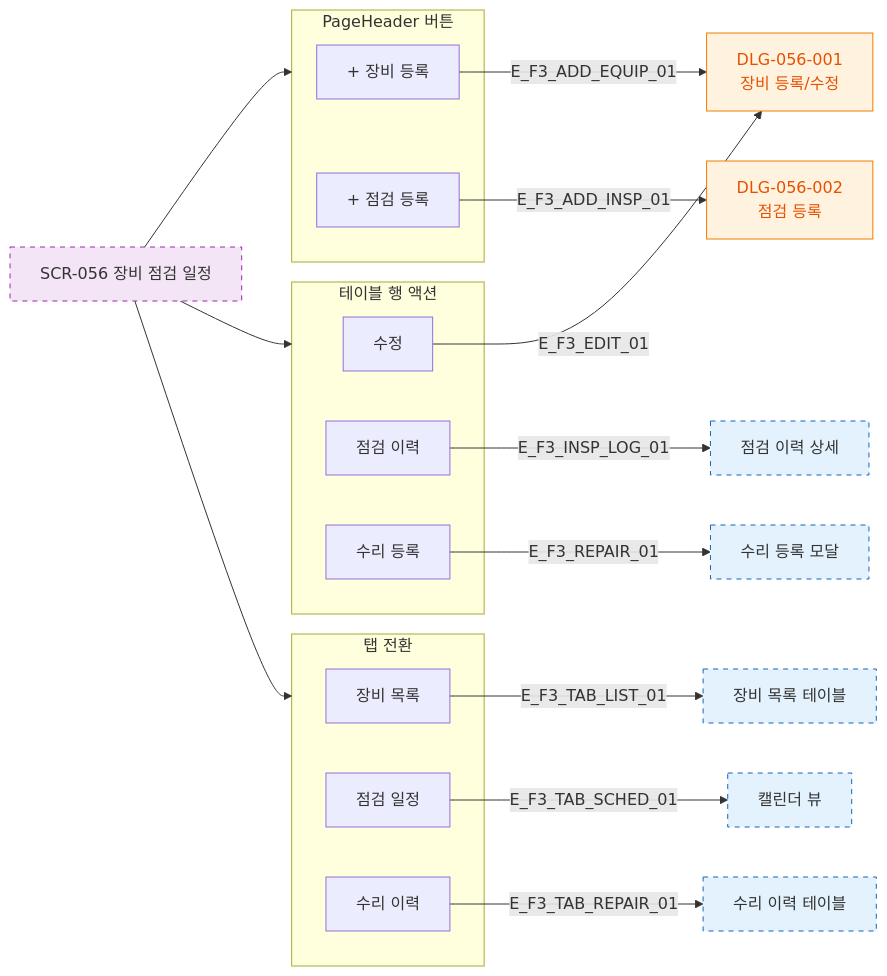
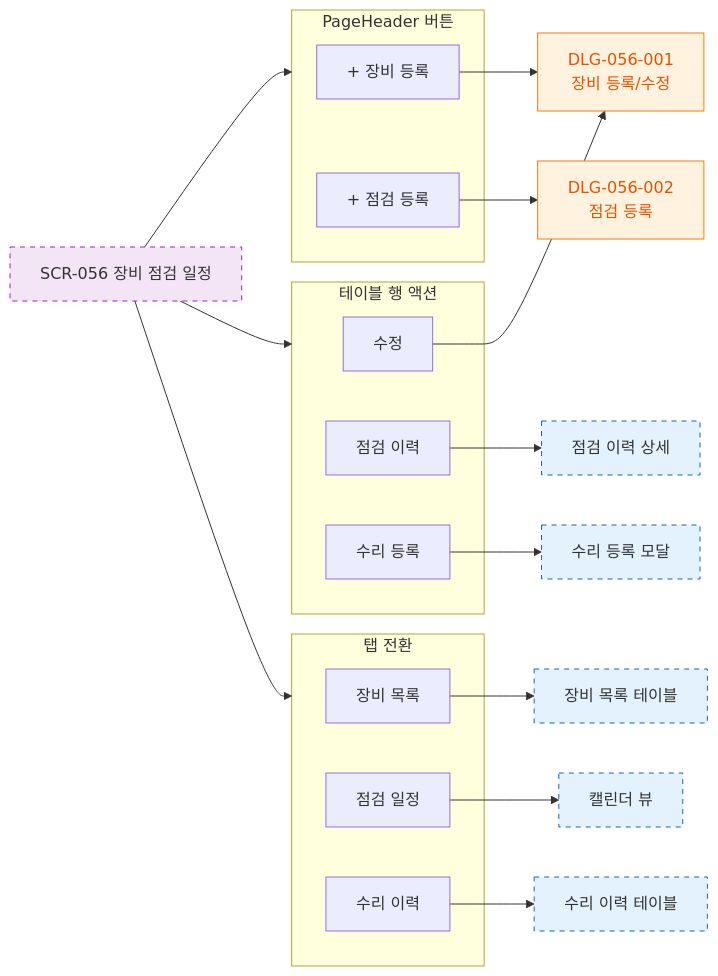
One commit to dev-spogym/admin-pando changed the diagram in docs/다이어그램/D06_시설관리/SCR-056_장비점검일정/F3_버튼액션.md. Above: the diagram before and after it, drawn with Mermaid. The commit also changed other lines of this file and 1660 other files, not shown here.

First line of the commit message:
다이어그램: 기획자/클라이언트 납품본으로 정리

````diff
--- a/docs/다이어그램/D06_시설관리/SCR-056_장비점검일정/F3_버튼액션.md
+++ b/docs/다이어그램/D06_시설관리/SCR-056_장비점검일정/F3_버튼액션.md
@@ -16,41 +14,41 @@
 ```mermaid
 flowchart LR
     SCR_056[SCR-056 장비 점검 일정]
 
     subgraph HeaderBtns["PageHeader 버튼"]
         BTN_EQUIP[+ 장비 등록]
         BTN_INSP[+ 점검 등록]
     end
 
     subgraph TableBtns["테이블 행 액션"]
         BTN_EDIT[수정]
         BTN_INSP_LOG[점검 이력]
         BTN_REPAIR[수리 등록]
     end
 
     subgraph TabBtns["탭 전환"]
         TAB_LIST[장비 목록]
         TAB_SCHEDULE[점검 일정]
         TAB_REPAIR[수리 이력]
     end
 
     SCR_056 --> HeaderBtns
     SCR_056 --> TableBtns
     SCR_056 --> TabBtns
 
-    BTN_EQUIP -->|E_F3_ADD_EQUIP_01| DLG001[DLG-056-001\n장비 등록/수정]
-    BTN_INSP -->|E_F3_ADD_INSP_01| DLG002[DLG-056-002\n점검 등록]
-    BTN_EDIT -->|E_F3_EDIT_01| DLG001
-    BTN_INSP_LOG -->|E_F3_INSP_LOG_01| InspHistory[점검 이력 상세]
-    BTN_REPAIR -->|E_F3_REPAIR_01| RepairFlow[수리 등록 모달]
-    TAB_LIST -->|E_F3_TAB_LIST_01| ListView[장비 목록 테이블]
-    TAB_SCHEDULE -->|E_F3_TAB_SCHED_01| CalView[캘린더 뷰]
-    TAB_REPAIR -->|E_F3_TAB_REPAIR_01| RepairList[수리 이력 테이블]
+    BTN_EQUIP --> DLG001[DLG-056-001\n장비 등록/수정]
+    BTN_INSP --> DLG002[DLG-056-002\n점검 등록]
+    BTN_EDIT --> DLG001
+    BTN_INSP_LOG --> InspHistory[점검 이력 상세]
+    BTN_REPAIR --> RepairFlow[수리 등록 모달]
+    TAB_LIST --> ListView[장비 목록 테이블]
+    TAB_SCHEDULE --> CalView[캘린더 뷰]
+    TAB_REPAIR --> RepairList[수리 이력 테이블]
 
     classDef newFeature fill:#F3E5F5,stroke:#9C27B0,stroke-dasharray:5 5
     classDef modal fill:#FFF3E0,stroke:#F57C00,color:#E65100
     classDef screen fill:#E3F2FD,stroke:#1565C0,stroke-dasharray:5 5
     class SCR_056 newFeature
     class DLG001,DLG002 modal
     class InspHistory,RepairFlow,ListView,CalView,RepairList screen
 ```
````
